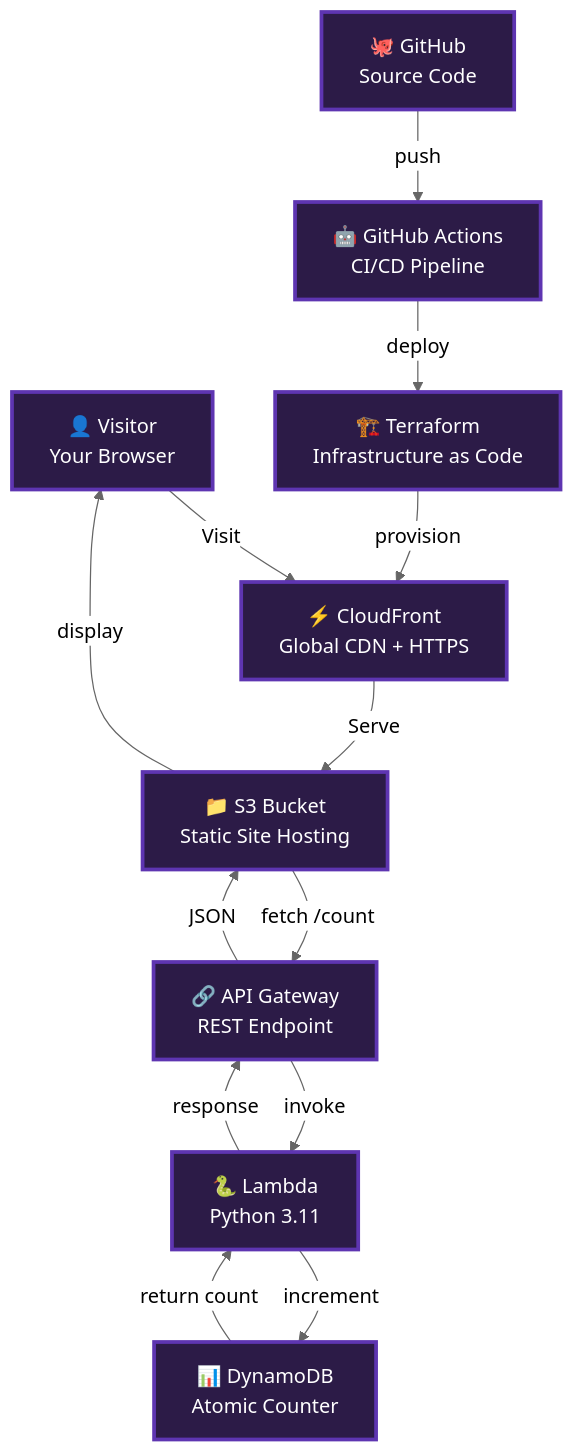
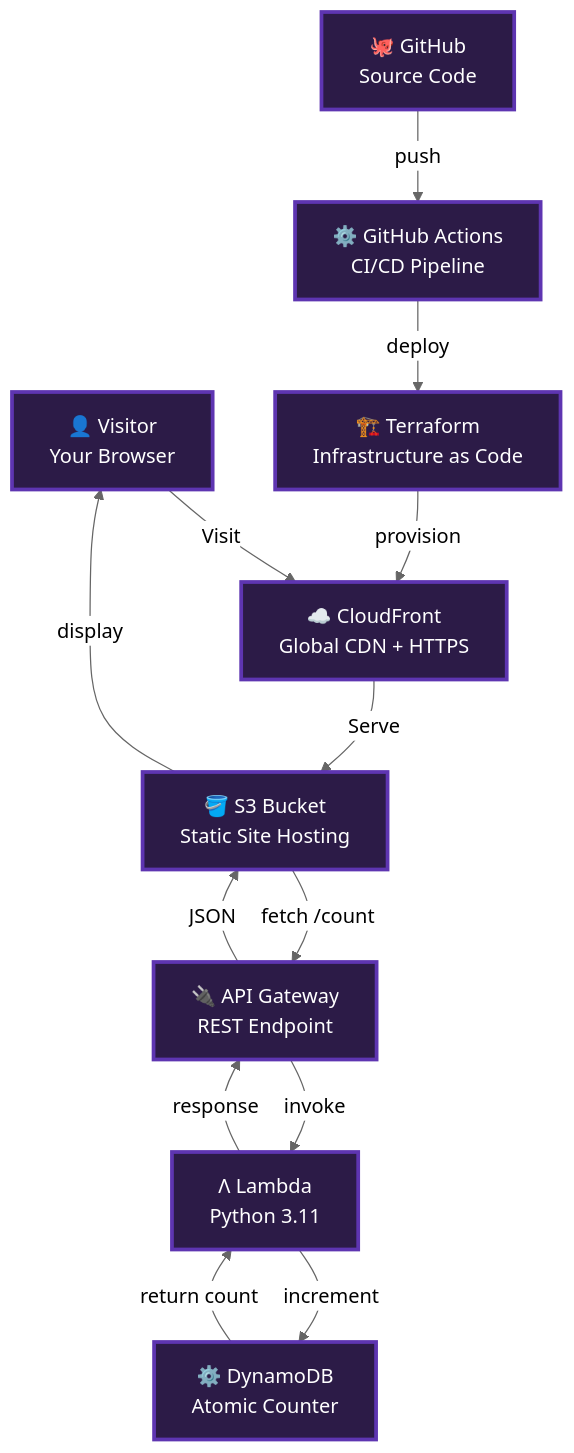
The diagram in README.md (stanleyjnrkanzara-wq/Cloud-Resume-Challenge), drawn with Mermaid (neutral theme) before and after one commit. The commit also changed other lines of this file, not shown here.

Commit message:
Update mermaid diagram with AWS service icons

````diff
--- a/README.md
+++ b/README.md
@@ -45,29 +45,29 @@
 ```mermaid
 graph TB
     User["👤 Visitor<br/>Your Browser"]
-    CF["⚡ CloudFront<br/>Global CDN + HTTPS"]
-    S3["📁 S3 Bucket<br/>Static Site Hosting"]
-    APIGW["🔗 API Gateway<br/>REST Endpoint"]
-    Lambda["🐍 Lambda<br/>Python 3.11"]
-    DDB["📊 DynamoDB<br/>Atomic Counter"]
+    CF["☁️ CloudFront<br/>Global CDN + HTTPS"]
+    S3["🪣 S3 Bucket<br/>Static Site Hosting"]
+    APIGW["🔌 API Gateway<br/>REST Endpoint"]
+    Lambda["Λ Lambda<br/>Python 3.11"]
+    DDB["⚙️ DynamoDB<br/>Atomic Counter"]
     
     GH["🐙 GitHub<br/>Source Code"]
-    GHA["🤖 GitHub Actions<br/>CI/CD Pipeline"]
+    GHA["⚙️ GitHub Actions<br/>CI/CD Pipeline"]
     TF["🏗️ Terraform<br/>Infrastructure as Code"]
     
     User -->|Visit| CF
     CF -->|Serve| S3
     S3 -->|fetch /count| APIGW
     APIGW -->|invoke| Lambda
     Lambda -->|increment| DDB
     DDB -->|return count| Lambda
     Lambda -->|response| APIGW
     APIGW -->|JSON| S3
     S3 -->|display| User
     
     GH -->|push| GHA
     GHA -->|deploy| TF
     TF -->|provision| CF
     
     classDef default fill:#2C1B47,stroke:#5E35B1,stroke-width:3px,color:#fff
 ```
````
